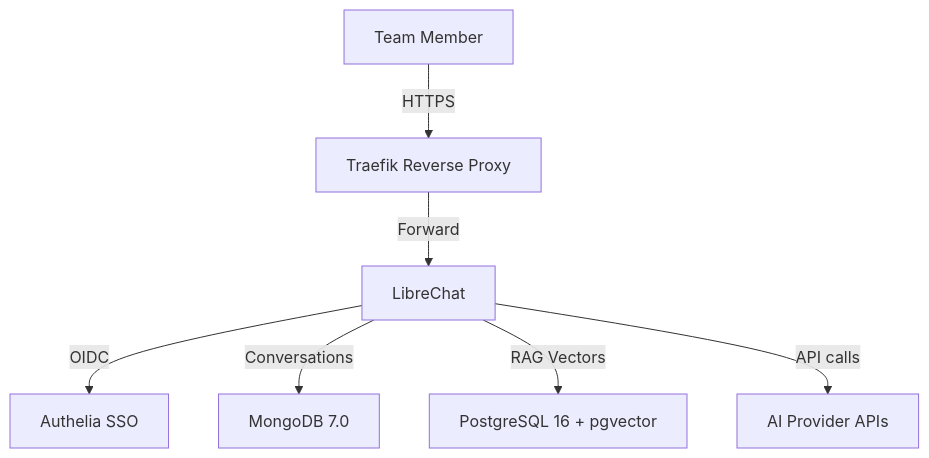
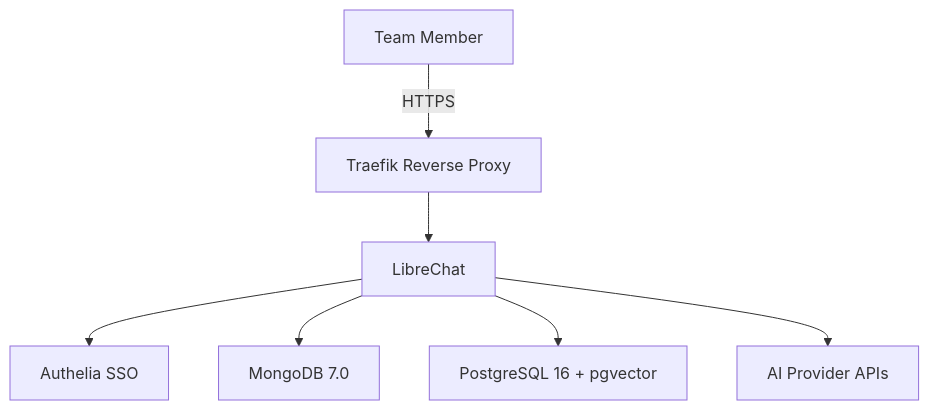
One commit to peermesh/docker-lab-docs changed the second of 5 diagrams in docs/use-cases.md. Above: the diagram before and after it, drawn with Mermaid. The commit also changed other lines of this file and 13 other files, not shown here.

First line of the commit message:
fix: improve diagram legibility and icon rendering

````diff
--- a/docs/use-cases.md
+++ b/docs/use-cases.md
@@ -120,17 +120,17 @@
 ```mermaid
 flowchart TB
     User["Team Member"]
     Traefik["Traefik Reverse Proxy"]
     Authelia["Authelia SSO"]
     LibreChat["LibreChat"]
     MongoDB["MongoDB 7.0"]
     PostgreSQL["PostgreSQL 16 + pgvector"]
     AIProvider["AI Provider APIs"]
 
     User -->|"HTTPS"| Traefik
-    Traefik -->|"Forward"| LibreChat
-    LibreChat -->|"OIDC"| Authelia
-    LibreChat -->|"Conversations"| MongoDB
-    LibreChat -->|"RAG Vectors"| PostgreSQL
-    LibreChat -->|"API calls"| AIProvider
+    Traefik --> LibreChat
+    LibreChat --> Authelia
+    LibreChat --> MongoDB
+    LibreChat --> PostgreSQL
+    LibreChat --> AIProvider
 ```
````
